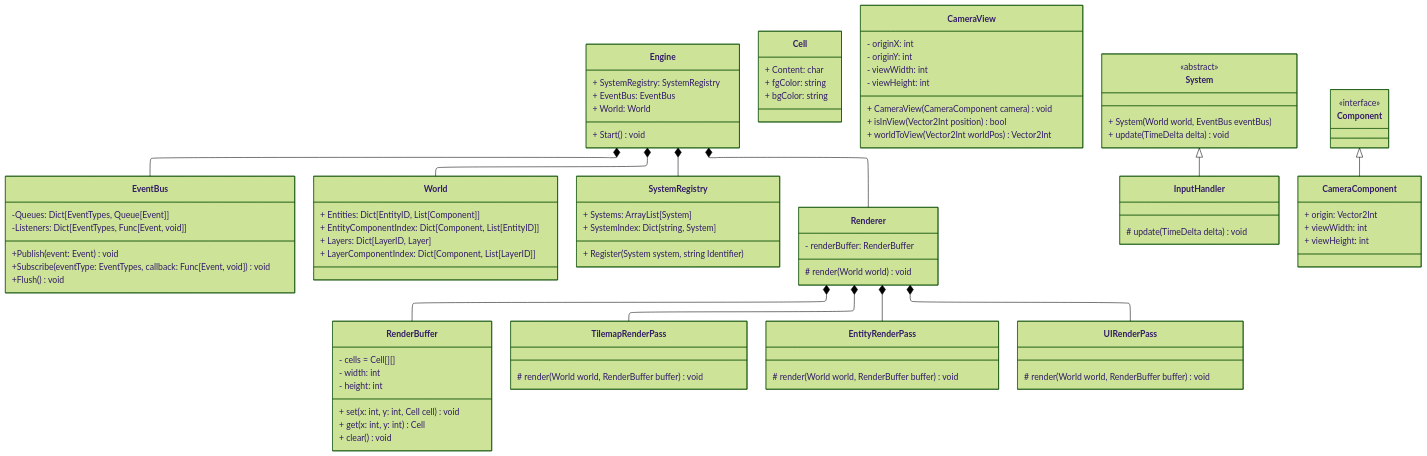
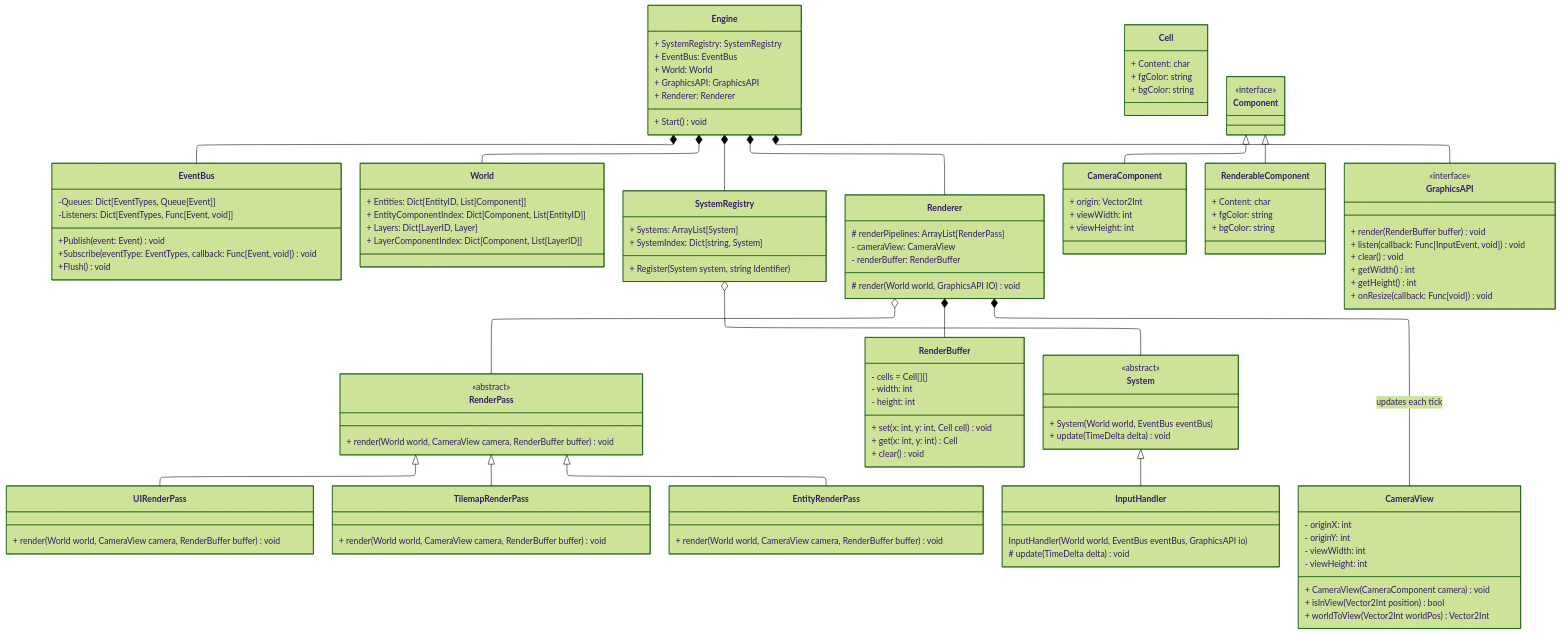
One commit to FT111/game-1 changed the diagram in EngineArchitecture.mmd. Above: the diagram before and after it, drawn with Mermaid (forest theme).

Commit message:
Improves graphics pipeline UML

```diff
--- a/EngineArchitecture.mmd
+++ b/EngineArchitecture.mmd
@@ -1,116 +1,150 @@
 ---
 config:
   layout: elk
 ---
 
 classDiagram
     class EventBus {
         -Queues: Dict[EventTypes, Queue[Event]]
         -Listeners: Dict[EventTypes, Func[Event, void]]
         +Publish(event: Event) void
         +Subscribe(eventType: EventTypes, callback: Func[Event, void]) void
         +Flush() void
     }
 
     class Engine {
         + SystemRegistry: SystemRegistry
         + EventBus: EventBus
         + World: World
+        + GraphicsAPI: GraphicsAPI
+        + Renderer: Renderer
 
         + Start() void
     }
 
     class World {
         + Entities: Dict[EntityID, List[Component]]
         + EntityComponentIndex: Dict[Component, List[EntityID]]
 
         + Layers: Dict[LayerID, Layer]
         + LayerComponentIndex: Dict[Component, List[LayerID]]
     }
 
     class SystemRegistry {
         + Systems: ArrayList[System]
         + SystemIndex: Dict[string, System]
         + Register(System system, string Identifier)
     }
 
 
     class Renderer {
-        # render(World world) void
+        # renderPipelines: ArrayList[RenderPass]
+        # render(World world, GraphicsAPI IO) void
+        - cameraView: CameraView
 
         - renderBuffer: RenderBuffer
 
     }
 
     class Cell {
         + Content: char
         + fgColor: string
         + bgColor: string
     }
 
+
+    class UIRenderPass {
+        + render(World world, CameraView camera, RenderBuffer buffer) void
+    }
+
+    class TilemapRenderPass {
+        + render(World world, CameraView camera, RenderBuffer buffer) void
+    }
+
+    class EntityRenderPass {
+        + render(World world, CameraView camera, RenderBuffer buffer) void
+    }
+
+    class RenderPass {
+        <<abstract>>
+        + render(World world, CameraView camera, RenderBuffer buffer) void
+    }
+
+
+    class InputHandler {
+        InputHandler(World world, EventBus eventBus, GraphicsAPI io)
+        # update(TimeDelta delta) void
+    }
+    class RenderBuffer {
+        - cells = Cell[][]
+        - width: int
+        -  height: int
+        + set(x: int, y: int, Cell cell) void
+        + get(x: int, y: int) Cell
+        + clear() void
+        }
+
     class CameraView {
         - originX: int
         - originY: int
         - viewWidth: int
         - viewHeight: int
 
         + CameraView(CameraComponent camera) void
         + isInView(Vector2Int position) bool
         + worldToView(Vector2Int worldPos) Vector2Int
     }
-
-    class RenderBuffer {
-        - cells = Cell[][]
-        - width: int
-        -  height: int
-        + set(x: int, y: int, Cell cell) void
-        + get(x: int, y: int) Cell
-        + clear() void
-        }
-
-    class TilemapRenderPass {
-        # render(World world, RenderBuffer buffer) void
-    }
-
-    class EntityRenderPass {
-        # render(World world, RenderBuffer buffer) void
-    }
-
-    class UIRenderPass {
-        # render(World world, RenderBuffer buffer) void
-    }
-
-    class InputHandler {
-        # update(TimeDelta delta) void
-    }
-
     class System {
         <<abstract>>
         + System(World world, EventBus eventBus)
         + update(TimeDelta delta) void
     }
 
     class Component {
         <<interface>>
     }
 
     class CameraComponent {
         + origin: Vector2Int
         + viewWidth: int
         + viewHeight: int
     }
 
+    class RenderableComponent {
+        + Content: char
+        + fgColor: string
+        + bgColor: string
+    }
+
+    class GraphicsAPI {
+        <<interface>>
+        + render(RenderBuffer buffer) void
+        + listen(callback: Func[InputEvent, void]) void
+        + clear() void
+
+        + getWidth() int
+        + getHeight() int
+        + onResize(callback: Func[void]) void
+    }
+
 
 Engine *-- World
 Engine *-- SystemRegistry
 Engine *-- EventBus
 Engine *-- Renderer
+Engine *-- GraphicsAPI
 
 Renderer *-- RenderBuffer
-Renderer *-- TilemapRenderPass
-Renderer *-- EntityRenderPass
-Renderer *-- UIRenderPass
+Renderer *-- CameraView : updates each tick
+Renderer o-- RenderPass
+
+RenderPass <|-- TilemapRenderPass
+RenderPass <|-- EntityRenderPass
+RenderPass <|-- UIRenderPass
+
+SystemRegistry o-- System
 
 Component <|-- CameraComponent
+Component <|-- RenderableComponent
 
 System <|-- InputHandler
```
